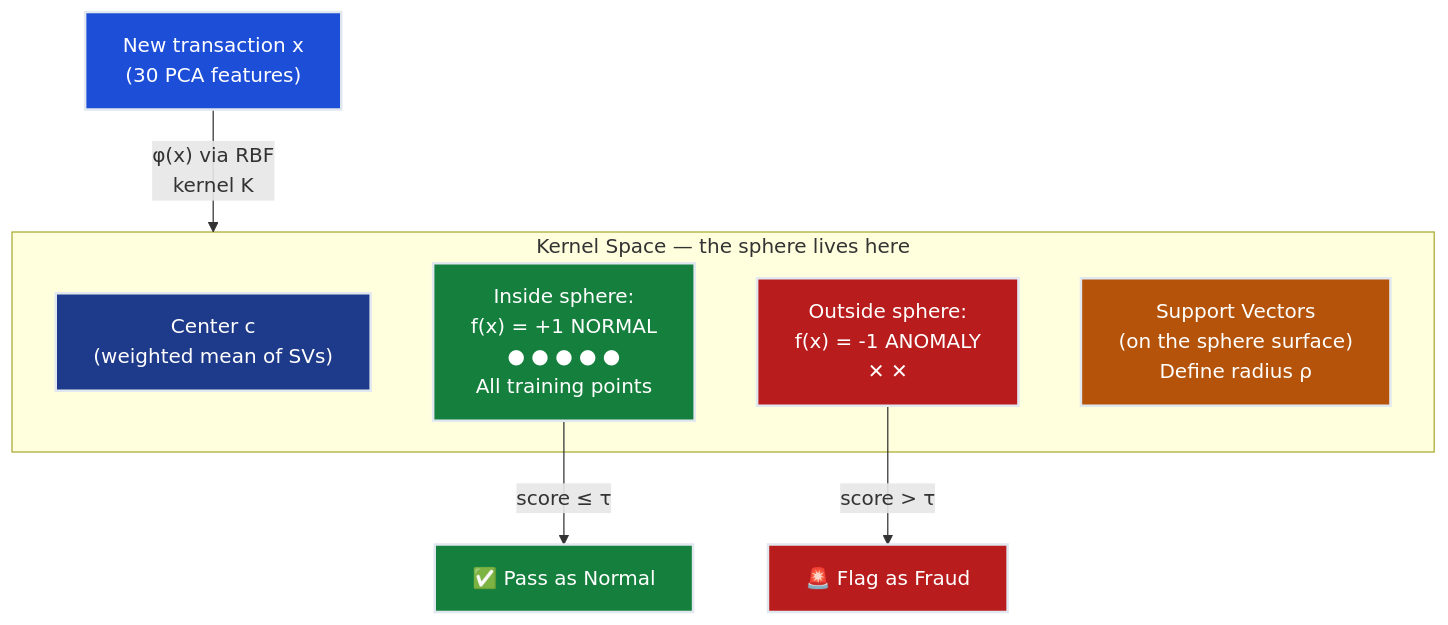
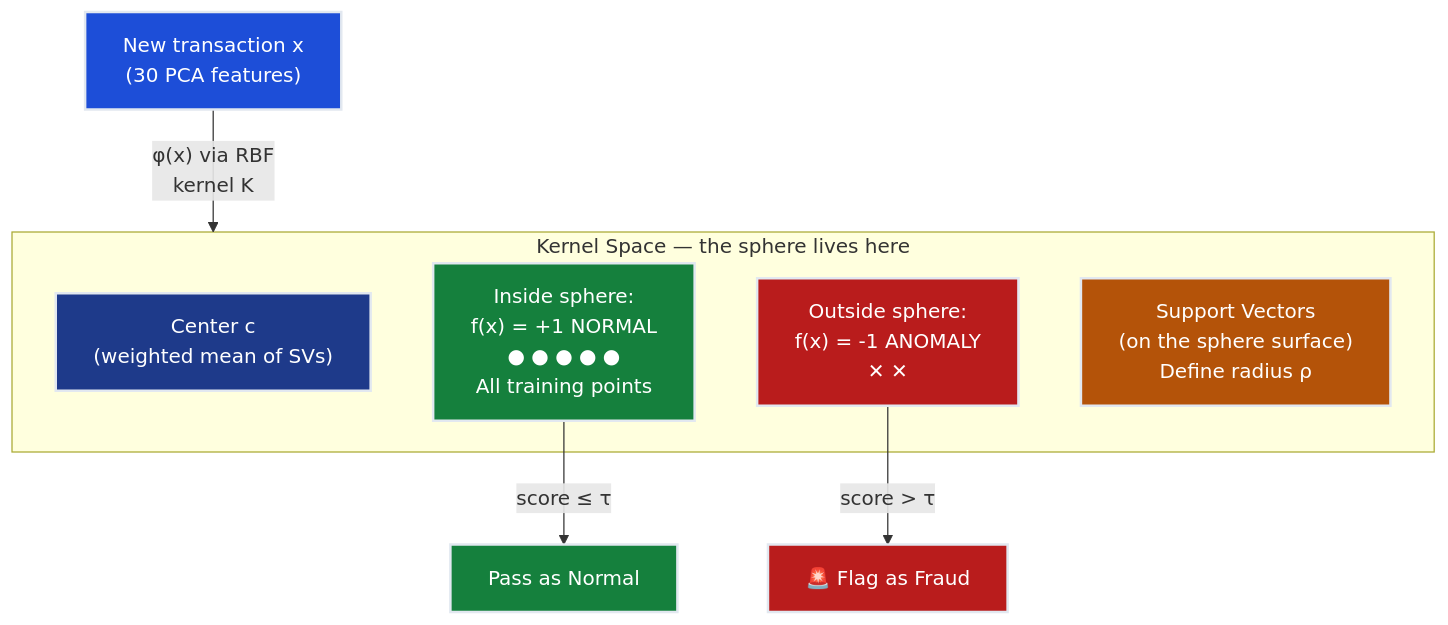
Before and after one commit to dsgouda7/ai-portfolio: the second of 4 diagrams in notes/01-ml/05-anomaly-detection/ch04_one_class_svm/README.md, drawn with Mermaid. The commit also changed other lines of this file and 179 other files, not shown here.

````diff
--- a/notes/01-ml/05-anomaly-detection/ch04_one_class_svm/README.md
+++ b/notes/01-ml/05-anomaly-detection/ch04_one_class_svm/README.md
@@ -441,21 +441,21 @@
 ```mermaid
 flowchart TD
-    subgraph KERNEL["Kernel Space — the sphere lives here"]
-        CENTER["Center c\n(weighted mean of SVs)"]
-        SPHERE_INNER["Inside sphere:\nf(x) = +1  NORMAL\n● ● ● ● ●\nAll training points"]
-        SPHERE_OUTER["Outside sphere:\nf(x) = -1  ANOMALY\n✕  ✕"]
-        BOUNDARY["Support Vectors\n(on the sphere surface)\nDefine radius ρ"]
-    end
+ subgraph KERNEL["Kernel Space — the sphere lives here"]
+ CENTER["Center c\n(weighted mean of SVs)"]
+ SPHERE_INNER["Inside sphere:\nf(x) = +1 NORMAL\n● ● ● ● ●\nAll training points"]
+ SPHERE_OUTER["Outside sphere:\nf(x) = -1 ANOMALY\n✕ ✕"]
+ BOUNDARY["Support Vectors\n(on the sphere surface)\nDefine radius ρ"]
+ end
 
-    TX["New transaction x\n(30 PCA features)"] -->|"φ(x) via RBF\nkernel K"| KERNEL
-    SPHERE_OUTER -->|"score > τ"| FLAG["🚨 Flag as Fraud"]
-    SPHERE_INNER -->|"score ≤ τ"| PASS["✅ Pass as Normal"]
+ TX["New transaction x\n(30 PCA features)"] -->|"φ(x) via RBF\nkernel K"| KERNEL
+ SPHERE_OUTER -->|"score > τ"| FLAG["🚨 Flag as Fraud"]
+ SPHERE_INNER -->|"score ≤ τ"| PASS[" Pass as Normal"]
 
-    style CENTER fill:#1e3a8a,stroke:#e2e8f0,stroke-width:2px,color:#ffffff
-    style SPHERE_INNER fill:#15803d,stroke:#e2e8f0,stroke-width:2px,color:#ffffff
-    style SPHERE_OUTER fill:#b91c1c,stroke:#e2e8f0,stroke-width:2px,color:#ffffff
-    style BOUNDARY fill:#b45309,stroke:#e2e8f0,stroke-width:2px,color:#ffffff
-    style TX fill:#1d4ed8,stroke:#e2e8f0,stroke-width:2px,color:#ffffff
-    style FLAG fill:#b91c1c,stroke:#e2e8f0,stroke-width:2px,color:#ffffff
-    style PASS fill:#15803d,stroke:#e2e8f0,stroke-width:2px,color:#ffffff
+ style CENTER fill:#1e3a8a,stroke:#e2e8f0,stroke-width:2px,color:#ffffff
+ style SPHERE_INNER fill:#15803d,stroke:#e2e8f0,stroke-width:2px,color:#ffffff
+ style SPHERE_OUTER fill:#b91c1c,stroke:#e2e8f0,stroke-width:2px,color:#ffffff
+ style BOUNDARY fill:#b45309,stroke:#e2e8f0,stroke-width:2px,color:#ffffff
+ style TX fill:#1d4ed8,stroke:#e2e8f0,stroke-width:2px,color:#ffffff
+ style FLAG fill:#b91c1c,stroke:#e2e8f0,stroke-width:2px,color:#ffffff
+ style PASS fill:#15803d,stroke:#e2e8f0,stroke-width:2px,color:#ffffff
 ```
````
